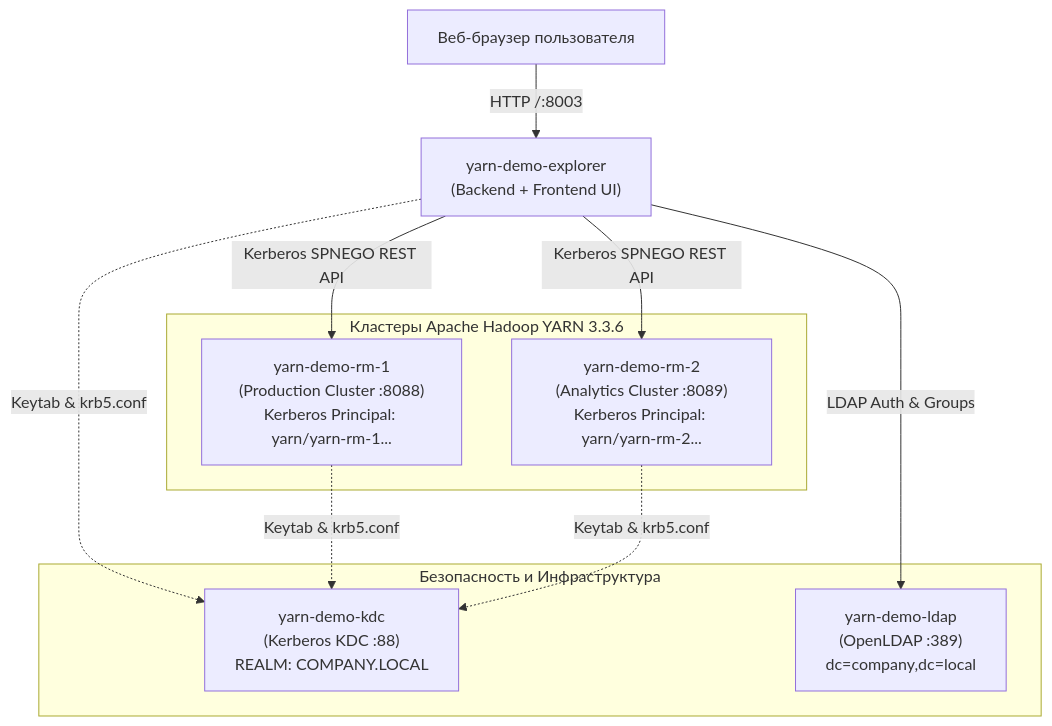
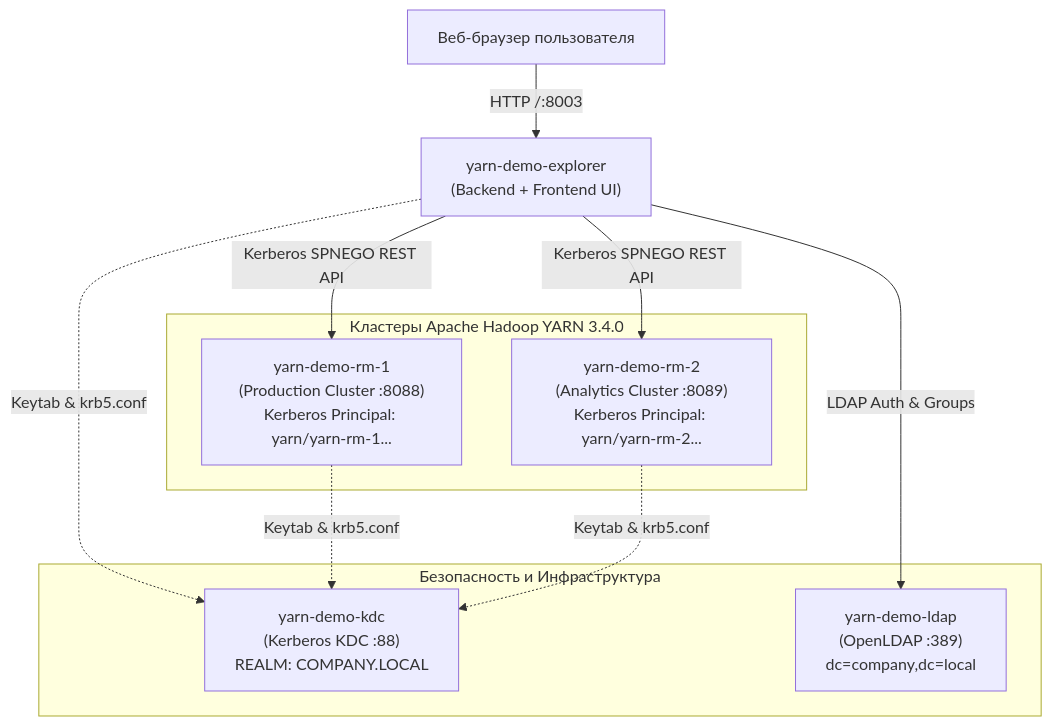
Before and after one commit to balookrd/yarn-explorer: the diagram in DEMO.md, drawn with Mermaid. The commit also changed 5 other files, not shown here.

````diff
--- a/DEMO.md
+++ b/DEMO.md
@@ -9,21 +9,21 @@
 ```mermaid
 graph TD
     User["Веб-браузер пользователя"] -->|"HTTP /:8003"| Explorer["yarn-demo-explorer<br/>(Backend + Frontend UI)"]
     
     subgraph "Безопасность и Инфраструктура"
         KDC["yarn-demo-kdc<br/>(Kerberos KDC :88)<br/>REALM: COMPANY.LOCAL"]
         LDAP["yarn-demo-ldap<br/>(OpenLDAP :389)<br/>dc=company,dc=local"]
     end
 
-    subgraph "Кластеры Apache Hadoop YARN 3.3.6"
+    subgraph "Кластеры Apache Hadoop YARN 3.4.0"
         RM1["yarn-demo-rm-1<br/>(Production Cluster :8088)<br/>Kerberos Principal: yarn/yarn-rm-1..."]
         RM2["yarn-demo-rm-2<br/>(Analytics Cluster :8089)<br/>Kerberos Principal: yarn/yarn-rm-2..."]
     end
 
     Explorer -->|"Kerberos SPNEGO REST API"| RM1
     Explorer -->|"Kerberos SPNEGO REST API"| RM2
     Explorer -->|"LDAP Auth & Groups"| LDAP
     Explorer -.->|"Keytab & krb5.conf"| KDC
     RM1 -.->|"Keytab & krb5.conf"| KDC
     RM2 -.->|"Keytab & krb5.conf"| KDC
 ```
````
